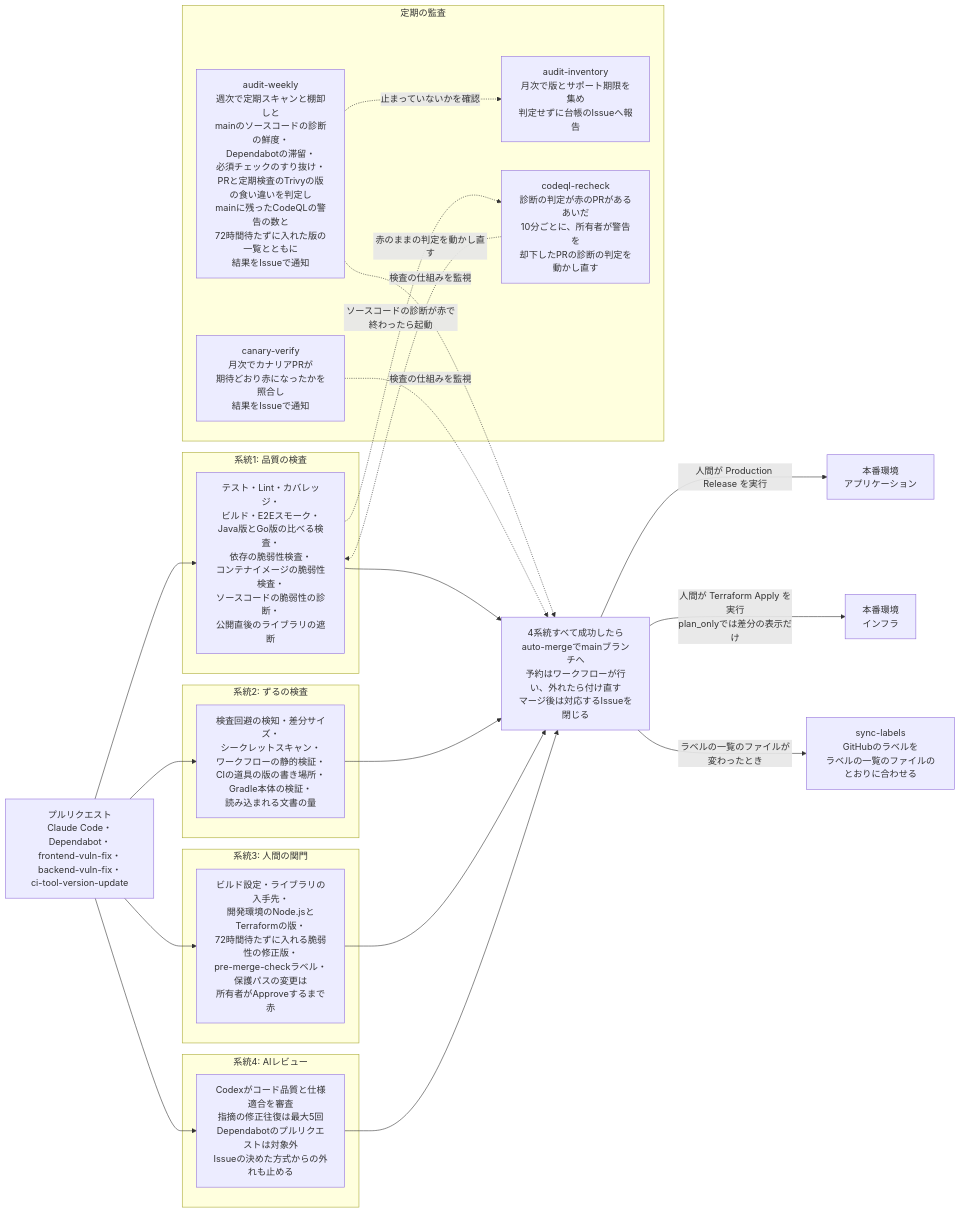
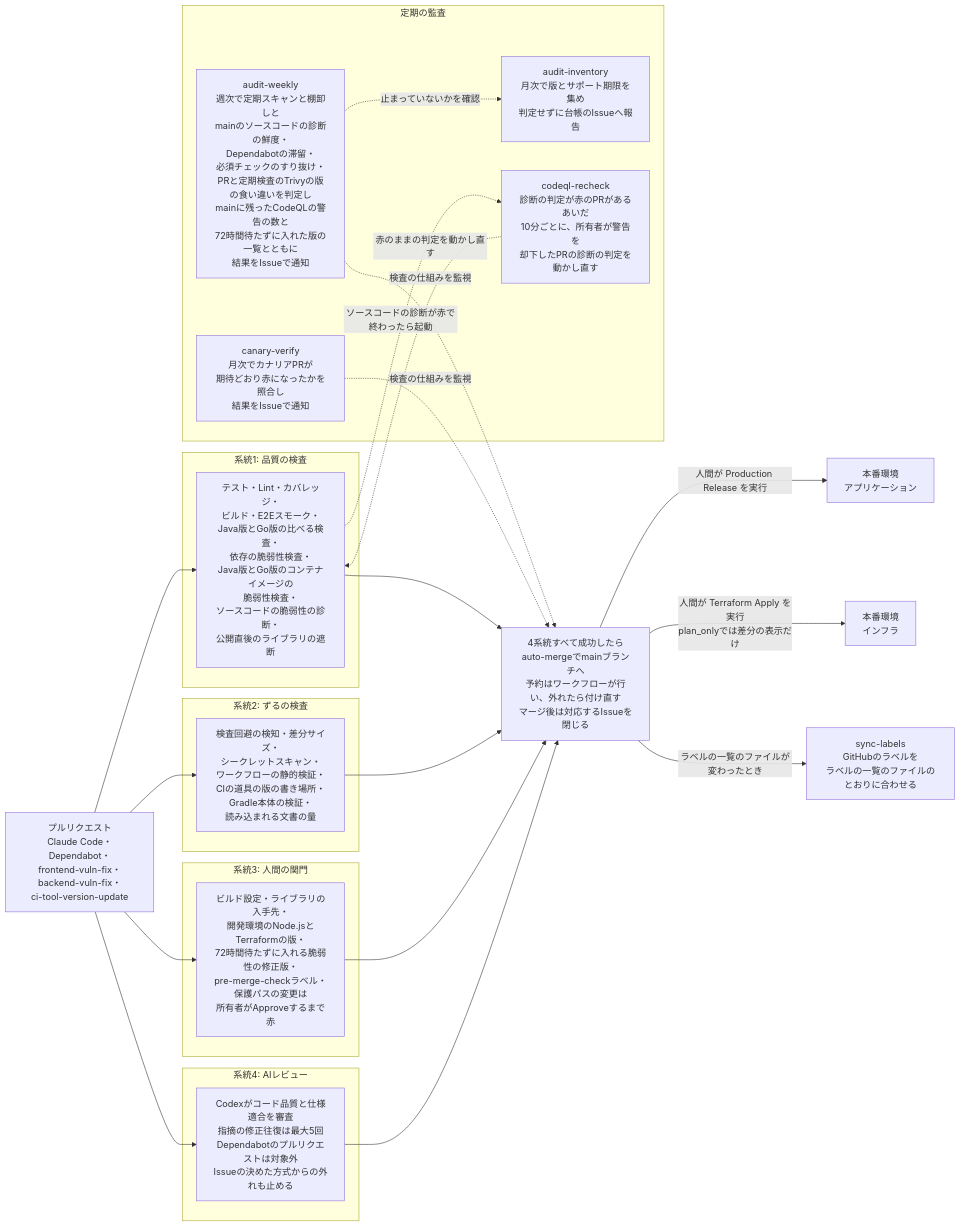
One commit to DogisRiki/KeirekiPro changed the first of 2 diagrams in README.md. Above: the diagram before and after it, drawn with Mermaid. The commit also changed other lines of this file and 14 other files, not shown here.

````diff
--- a/README.md
+++ b/README.md
@@ -53,40 +53,40 @@
 ```mermaid
 flowchart LR
     PR[プルリクエスト<br>Claude Code・Dependabot・<br>frontend-vuln-fix・backend-vuln-fix・<br>ci-tool-version-update]
 
     subgraph s1[系統1: 品質の検査]
-        Q[テスト・Lint・カバレッジ・<br>ビルド・E2Eスモーク・<br>Java版とGo版の比べる検査・<br>依存の脆弱性検査・<br>コンテナイメージの脆弱性検査・<br>ソースコードの脆弱性の診断・<br>公開直後のライブラリの遮断]
+        Q[テスト・Lint・カバレッジ・<br>ビルド・E2Eスモーク・<br>Java版とGo版の比べる検査・<br>依存の脆弱性検査・<br>Java版とGo版のコンテナイメージの<br>脆弱性検査・<br>ソースコードの脆弱性の診断・<br>公開直後のライブラリの遮断]
     end
     subgraph s2[系統2: ずるの検査]
         Z[検査回避の検知・差分サイズ・<br>シークレットスキャン・<br>ワークフローの静的検証・<br>CIの道具の版の書き場所・<br>Gradle本体の検証・<br>読み込まれる文書の量]
     end
     subgraph s3[系統3: 人間の関門]
         H[ビルド設定・ライブラリの入手先・<br>開発環境のNode.jsとTerraformの版・<br>72時間待たずに入れる脆弱性の修正版・<br>pre-merge-checkラベル・保護パスの変更は<br>所有者がApproveするまで赤]
     end
     subgraph s4[系統4: AIレビュー]
         A[Codexがコード品質と仕様適合を審査<br>指摘の修正往復は最大5回<br>Dependabotのプルリクエストは対象外<br>Issueの決めた方式からの外れも止める]
     end
 
     PR --> Q
     PR --> Z
     PR --> H
     PR --> A
 
     Q & Z & H & A --> M[4系統すべて成功したら<br>auto-mergeでmainブランチへ<br>予約はワークフローが行い、外れたら付け直す<br>マージ後は対応するIssueを閉じる]
 
     M -->|人間が Production Release を実行| App[本番環境<br>アプリケーション]
     M -->|人間が Terraform Apply を実行<br>plan_onlyでは差分の表示だけ| Infra[本番環境<br>インフラ]
     M -->|ラベルの一覧のファイルが変わったとき| Labels[sync-labels<br>GitHubのラベルを<br>ラベルの一覧のファイルのとおりに合わせる]
 
     subgraph s5[定期の監査]
         AW[audit-weekly<br>週次で定期スキャンと棚卸しと<br>mainのソースコードの診断の鮮度・<br>Dependabotの滞留・<br>必須チェックのすり抜け・<br>PRと定期検査のTrivyの版の食い違いを判定し<br>mainに残ったCodeQLの警告の数と<br>72時間待たずに入れた版の一覧とともに<br>結果をIssueで通知]
         CV[canary-verify<br>月次でカナリアPRが<br>期待どおり赤になったかを照合し<br>結果をIssueで通知]
         AI[audit-inventory<br>月次で版とサポート期限を集め<br>判定せずに台帳のIssueへ報告]
         CR[codeql-recheck<br>診断の判定が赤のPRがあるあいだ<br>10分ごとに、所有者が警告を<br>却下したPRの診断の判定を<br>動かし直す]
     end
 
     AW & CV -.検査の仕組みを監視.-> M
     AW -.止まっていないかを確認.-> AI
     Q -.ソースコードの診断が赤で終わったら起動.-> CR
     CR -.赤のままの判定を動かし直す.-> Q
 ```
````
